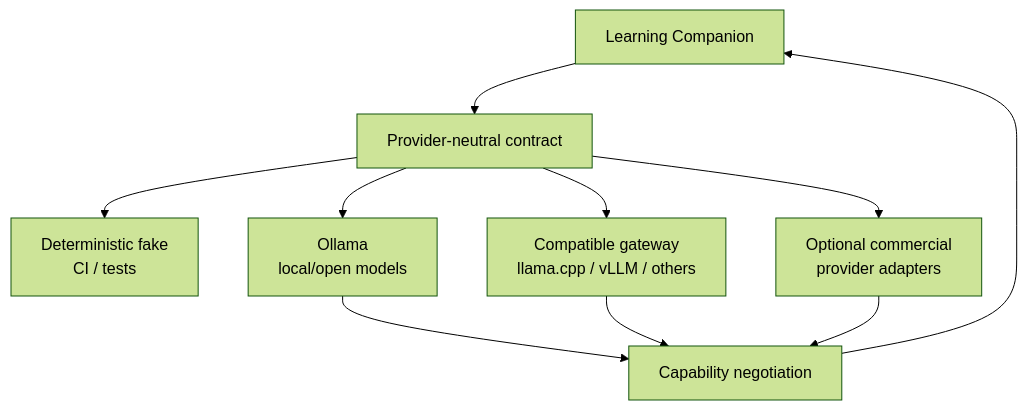
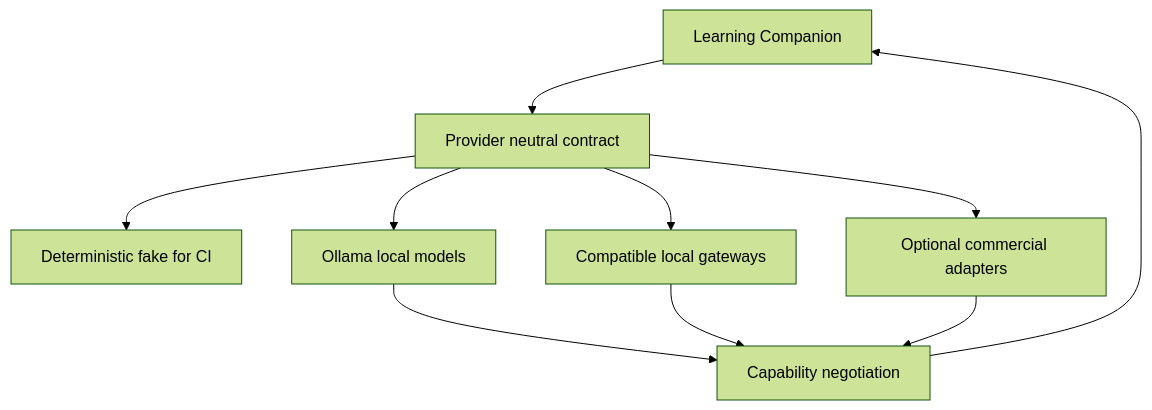
Before and after one commit to Modern-Ash/agorix: diagram 11 of 16 in README.md, drawn with Mermaid (forest theme). The commit also changed other lines of this file, not shown here.

Commit message:
docs: make Mermaid diagrams GitHub-safe

````diff
--- a/README.md
+++ b/README.md
@@ -508,15 +483,12 @@
 ```mermaid
 flowchart TD
-    LC["Learning Companion"] --> PC["Provider-neutral contract"]
-
-    PC --> FAKE["Deterministic fake<br/>CI / tests"]
-    PC --> OLLAMA["Ollama<br/>local/open models"]
-    PC --> GW["Compatible gateway<br/>llama.cpp / vLLM / others"]
-    PC --> COMM["Optional commercial<br/>provider adapters"]
-
-    OLLAMA --> CAP["Capability negotiation"]
+    LC[Learning Companion] --> PC[Provider neutral contract]
+    PC --> FAKE[Deterministic fake for CI]
+    PC --> OLLAMA[Ollama local models]
+    PC --> GW[Compatible local gateways]
+    PC --> COMM[Optional commercial adapters]
+    OLLAMA --> CAP[Capability negotiation]
     GW --> CAP
     COMM --> CAP
-
     CAP --> LC
 ```
````
